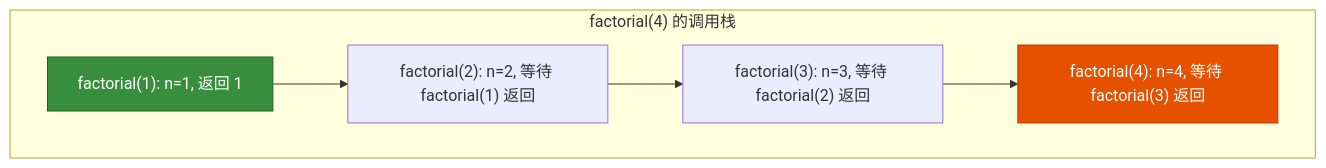
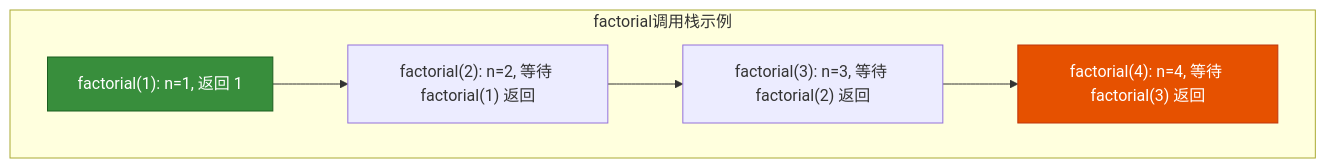
The sixth of 14 diagrams in 计算机基础/算法/数据结构与算法/09_二分查找与递归.md (dd-xiaozhi/study-notes), drawn with Mermaid before and after one commit. The commit also changed other lines of this file and 84 other files, not shown here.

````diff
--- a/计算机基础/算法/数据结构与算法/09_二分查找与递归.md
+++ b/计算机基础/算法/数据结构与算法/09_二分查找与递归.md
@@ -327,15 +327,15 @@
 ```mermaid
 graph TD
-    subgraph "factorial(4) 的调用栈"
+    subgraph factorial调用栈示例
         S1["factorial(4): n=4, 等待 factorial(3) 返回"]
         S2["factorial(3): n=3, 等待 factorial(2) 返回"]
         S3["factorial(2): n=2, 等待 factorial(1) 返回"]
         S4["factorial(1): n=1, 返回 1"]
     end
 
     S4 --> S3
     S3 --> S2
     S2 --> S1
     style S1 fill:#e65100,stroke:#bf360c,color:#ffffff
     style S4 fill:#388e3c,stroke:#1b5e20,color:#ffffff
 ```
````
